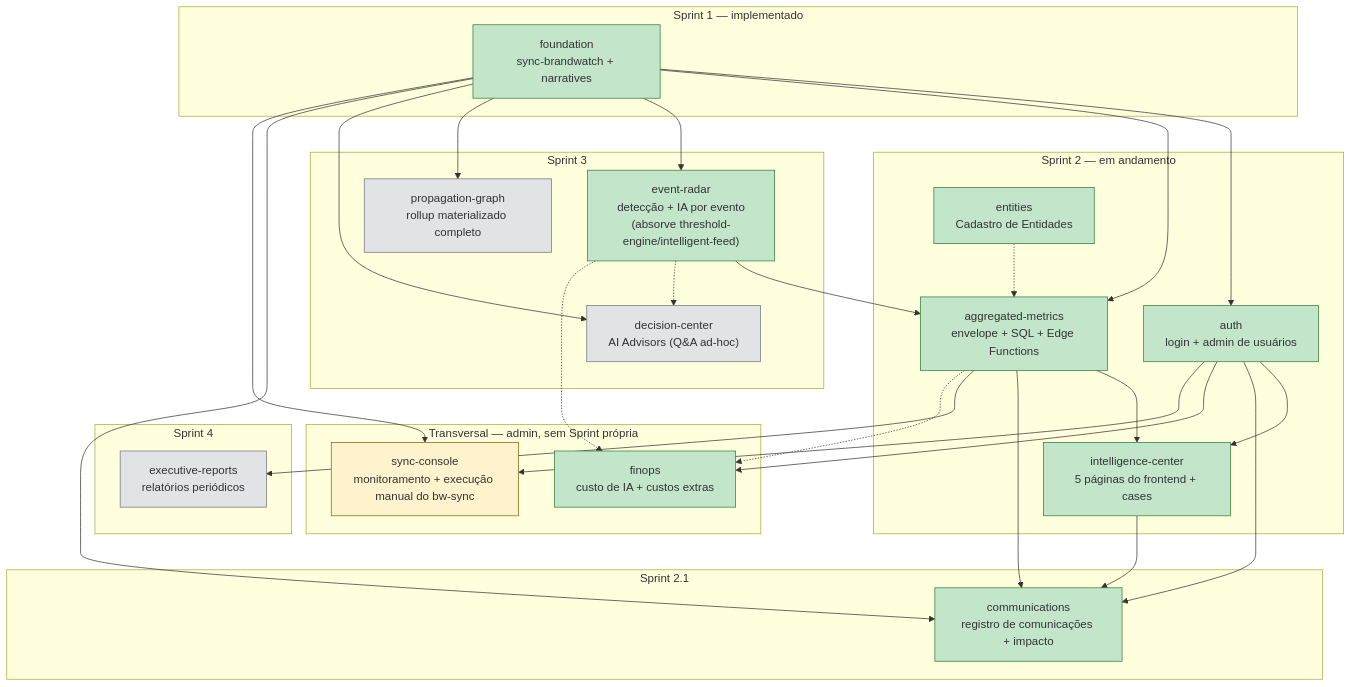
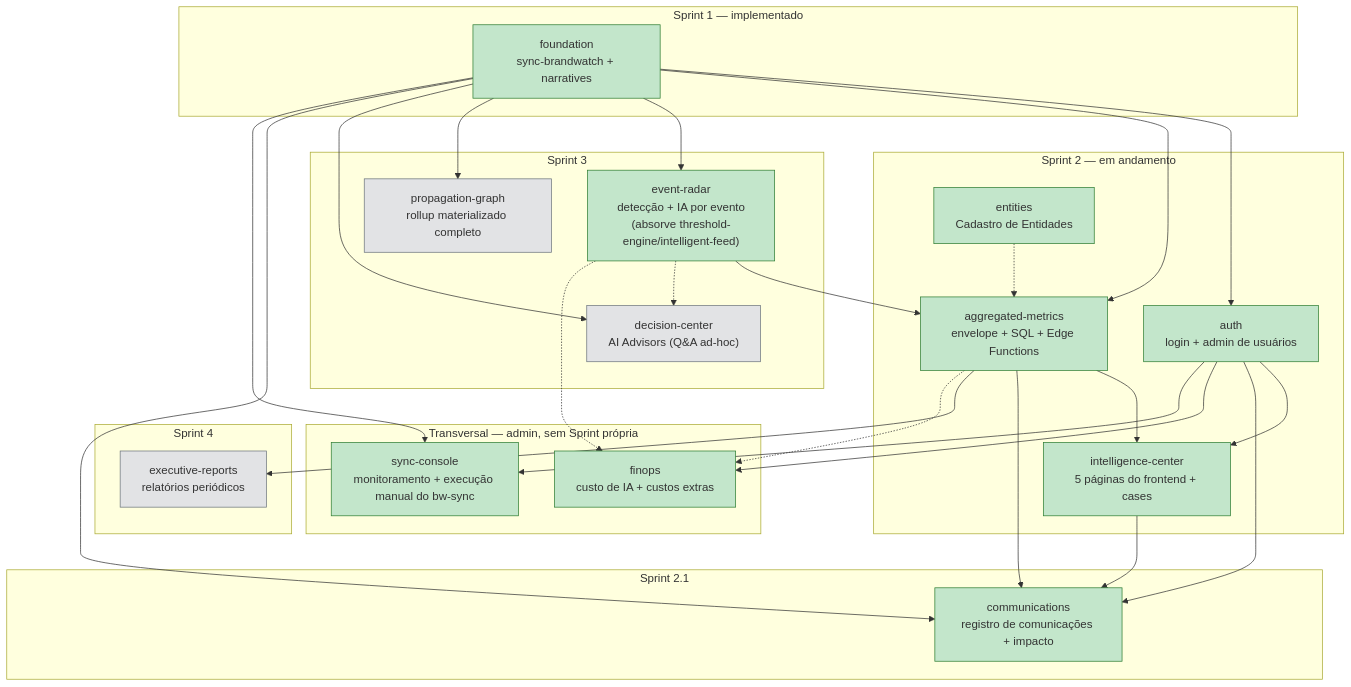
One commit to reputationcustom/dev-reputation changed the diagram in .dev/specs/_architecture.md. Above: the diagram before and after it, drawn with Mermaid. The commit also changed other lines of this file and 18 other files, not shown here.

````diff
--- a/.dev/specs/_architecture.md
+++ b/.dev/specs/_architecture.md
@@ -20,72 +20,72 @@
 ```mermaid
 graph TD
     subgraph SPRINT1["Sprint 1 — implementado"]
         FOUNDATION["foundation<br/>sync-brandwatch + narratives"]
     end
 
     subgraph SPRINT2["Sprint 2 — em andamento"]
         AUTH["auth<br/>login + admin de usuários"]
         AGGMETRICS["aggregated-metrics<br/>envelope + SQL + Edge Functions"]
         INTEL["intelligence-center<br/>5 páginas do frontend + cases"]
         ENTITIES["entities<br/>Cadastro de Entidades"]
     end
 
     subgraph SPRINT2_1["Sprint 2.1"]
         COMMUNICATIONS["communications<br/>registro de comunicações + impacto"]
     end
 
     subgraph SPRINT3["Sprint 3"]
         EVENTRADAR["event-radar<br/>detecção + IA por evento<br/>(absorve threshold-engine/intelligent-feed)"]
         PROPGRAPH["propagation-graph<br/>rollup materializado completo"]
         DECISIONCENTER["decision-center<br/>AI Advisors (Q&A ad-hoc)"]
     end
 
     subgraph SPRINT4["Sprint 4"]
         REPORTS["executive-reports<br/>relatórios periódicos"]
     end
 
     subgraph TRANSVERSAL["Transversal — admin, sem Sprint própria"]
         FINOPS["finops<br/>custo de IA + custos extras"]
         SYNCCONSOLE["sync-console<br/>monitoramento + execução manual do bw-sync"]
     end
 
     FOUNDATION --> AUTH
     FOUNDATION --> AGGMETRICS
     FOUNDATION --> EVENTRADAR
     FOUNDATION --> PROPGRAPH
     FOUNDATION --> DECISIONCENTER
 
     AUTH --> INTEL
     AGGMETRICS --> INTEL
     ENTITIES -.-> AGGMETRICS
 
     FOUNDATION --> COMMUNICATIONS
     AUTH --> COMMUNICATIONS
     AGGMETRICS --> COMMUNICATIONS
     INTEL --> COMMUNICATIONS
 
     EVENTRADAR --> AGGMETRICS
     EVENTRADAR -.-> DECISIONCENTER
 
     AGGMETRICS --> REPORTS
 
     AUTH --> FINOPS
     EVENTRADAR -.-> FINOPS
     AGGMETRICS -.-> FINOPS
 
     AUTH --> SYNCCONSOLE
     FOUNDATION --> SYNCCONSOLE
 
     style FOUNDATION fill:#c3e6cb,stroke:#2e7d32
     style AUTH fill:#c3e6cb,stroke:#2e7d32
     style AGGMETRICS fill:#c3e6cb,stroke:#2e7d32
     style INTEL fill:#c3e6cb,stroke:#2e7d32
     style ENTITIES fill:#c3e6cb,stroke:#2e7d32
     style COMMUNICATIONS fill:#c3e6cb,stroke:#2e7d32
     style EVENTRADAR fill:#c3e6cb,stroke:#2e7d32
     style PROPGRAPH fill:#e2e3e5,stroke:#6c757d
     style DECISIONCENTER fill:#e2e3e5,stroke:#6c757d
     style REPORTS fill:#e2e3e5,stroke:#6c757d
     style FINOPS fill:#c3e6cb,stroke:#2e7d32
-    style SYNCCONSOLE fill:#fff3cd,stroke:#856404
+    style SYNCCONSOLE fill:#c3e6cb,stroke:#2e7d32
 ```
````
